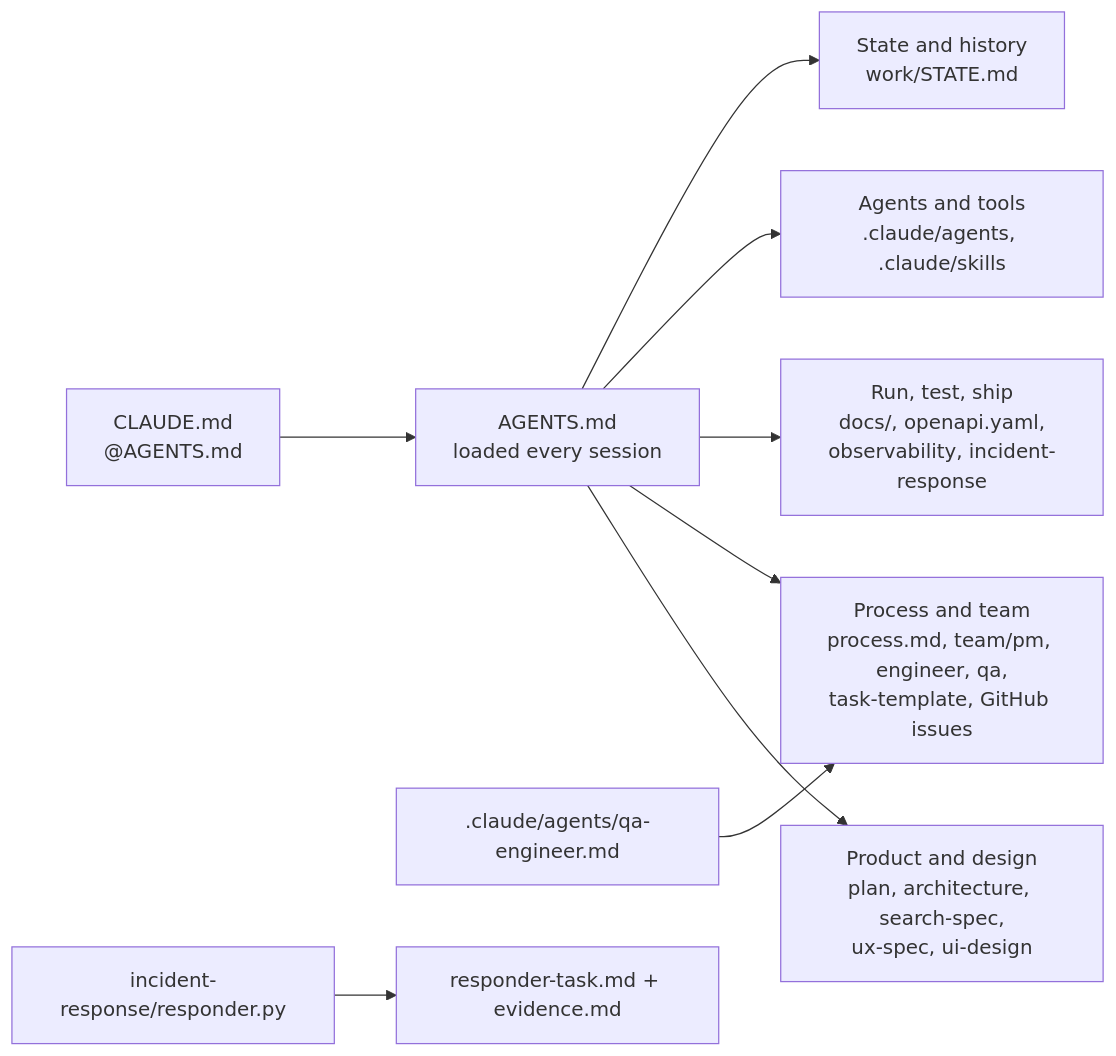
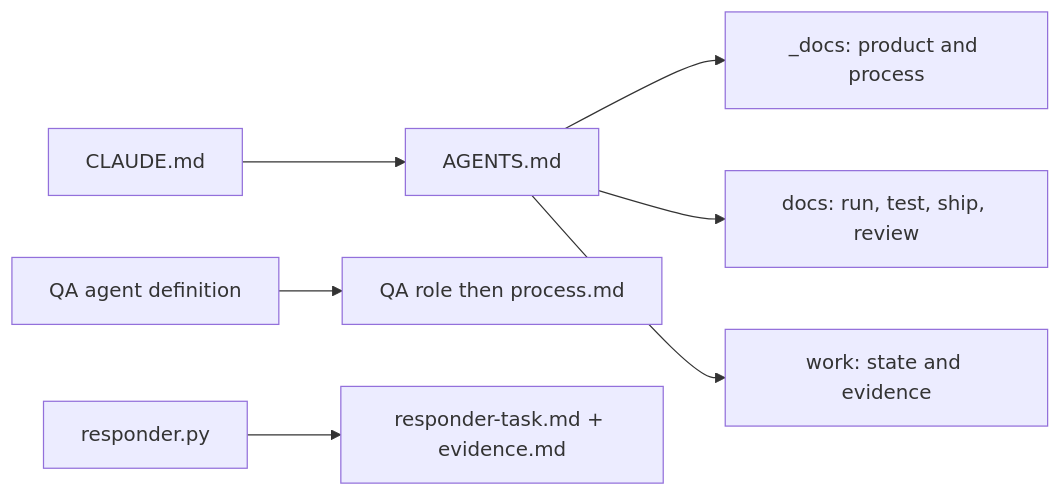
One commit to alexisdacquay/sail-event changed the second of 6 diagrams in docs/reviewer-guide.md. Above: the diagram before and after it, drawn with Mermaid. The commit also changed other lines of this file and 80 other files, not shown here.

````diff
--- a/docs/reviewer-guide.md
+++ b/docs/reviewer-guide.md
@@ -318,11 +245,9 @@
 ```mermaid
 flowchart LR
-  CL["CLAUDE.md<br/>@AGENTS.md"] --> A["AGENTS.md<br/>loaded every session"]
-  A --> PD["Product and design<br/>plan, architecture, search-spec,<br/>ux-spec, ui-design"]
-  A --> PT["Process and team<br/>process.md, team/pm, engineer, qa,<br/>task-template, GitHub issues"]
-  A --> RS["Run, test, ship<br/>docs/, openapi.yaml,<br/>observability, incident-response"]
-  A --> AT["Agents and tools<br/>.claude/agents, .claude/skills"]
-  A --> SH["State and history<br/>work/STATE.md"]
-  QA[".claude/agents/qa-engineer.md"] --> PT
-  RSP["incident-response/responder.py"] --> RT["responder-task.md + evidence.md"]
+  C[CLAUDE.md] --> A[AGENTS.md]
+  A --> P[_docs: product and process]
+  A --> D[docs: run, test, ship, review]
+  A --> W[work: state and evidence]
+  Q[QA agent definition] --> R[QA role then process.md]
+  O[responder.py] --> T[responder-task.md + evidence.md]
 ```
````
